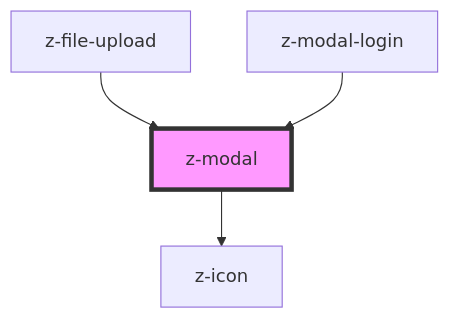
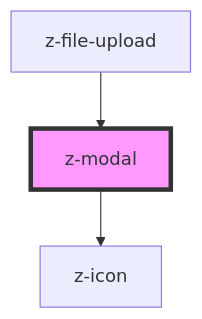
One commit to ZanichelliEditore/design-system changed the diagram in src/components/modal/z-modal/readme.md. Above: the diagram before and after it, drawn with Mermaid. The commit also changed other lines of this file and 11 other files, not shown here.

````diff
--- a/src/components/modal/z-modal/readme.md
+++ b/src/components/modal/z-modal/readme.md
@@ -55,7 +54,6 @@
 ```mermaid
 graph TD;
   z-modal --> z-icon
   z-file-upload --> z-modal
-  z-modal-login --> z-modal
   style z-modal fill:#f9f,stroke:#333,stroke-width:4px
 ```
````
